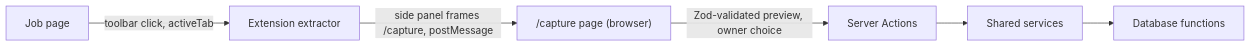
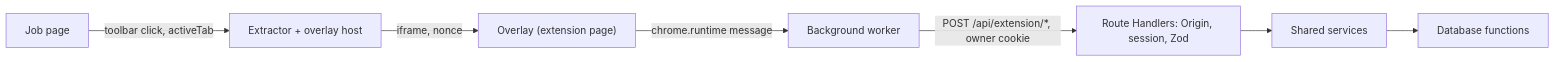
One commit to drew-bomar/jword changed the fourth of 4 diagrams in docs/ARCHITECTURE.md. Above: the diagram before and after it, drawn with Mermaid. The commit also changed other lines of this file and 58 other files, not shown here.

First line of the commit message:
Replace capture side panel with in-page overlay and extension API (decision 017)

````diff
--- a/docs/ARCHITECTURE.md
+++ b/docs/ARCHITECTURE.md
@@ -318,7 +320,8 @@
 ```mermaid
 flowchart LR
-    J["Job page"] -->|toolbar click, activeTab| X["Extension extractor"]
-    X -->|side panel frames /capture, postMessage| P["/capture page (browser)"]
-    P -->|Zod-validated preview, owner choice| A["Server Actions"]
-    A --> S["Shared services"] --> DB["Database functions"]
+    J["Job page"] -->|toolbar click, activeTab| X["Extractor + overlay host"]
+    X -->|iframe, nonce| O["Overlay (extension page)"]
+    O -->|chrome.runtime message| W["Background worker"]
+    W -->|POST /api/extension/*, owner cookie| R["Route Handlers: Origin, session, Zod"]
+    R --> S["Shared services"] --> DB["Database functions"]
 ```
````
